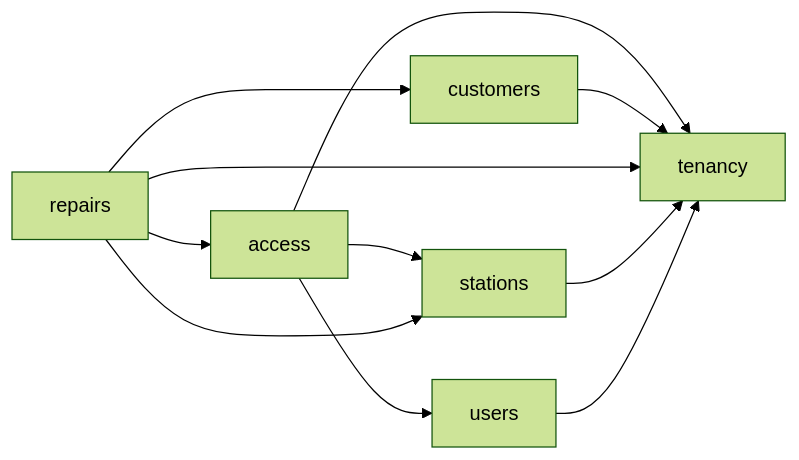
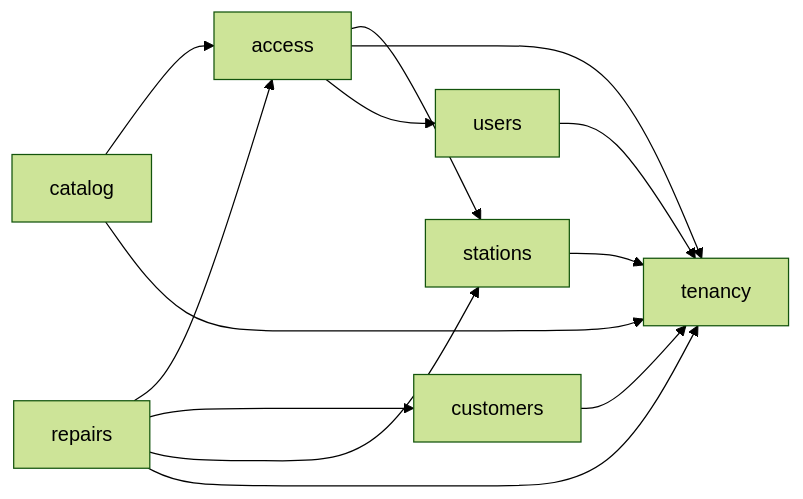
Before and after one commit to luisgtzaviles/SrTaller-2.0: the diagram in docs/architecture-readiness/dec-005-materialization/DEPENDENCY_GRAPH.md, drawn with Mermaid (forest theme). The commit also changed other lines of this file and 64 other files, not shown here.

````diff
--- a/docs/architecture-readiness/dec-005-materialization/DEPENDENCY_GRAPH.md
+++ b/docs/architecture-readiness/dec-005-materialization/DEPENDENCY_GRAPH.md
@@ -5,13 +5,15 @@
 ```mermaid
 flowchart LR
   access --> stations
   access --> tenancy
   access --> users
+  catalog --> access
+  catalog --> tenancy
   customers --> tenancy
   repairs --> access
   repairs --> customers
   repairs --> stations
   repairs --> tenancy
   stations --> tenancy
   users --> tenancy
 ```
````
